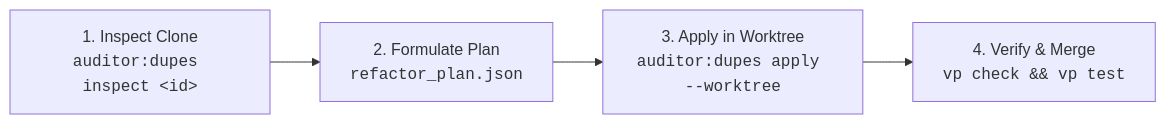
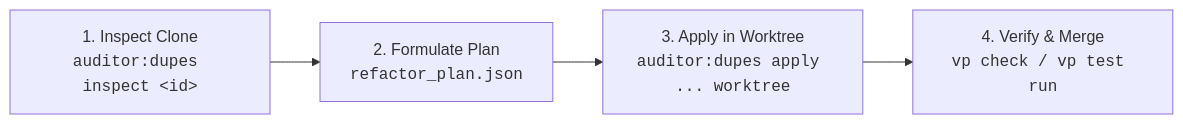
One commit to francogp/auditor changed the diagram in .agents/skills/auditor/references/duplicate-refactoring-guide.md. Above: the diagram before and after it, drawn with Mermaid. The commit also changed other lines of this file and 101 other files, not shown here.

First line of the commit message:
fix: modernize owned agent skills, DOX hierarchy, and CLI execution flows (v10.12.5)

````diff
--- a/.agents/skills/auditor/references/duplicate-refactoring-guide.md
+++ b/.agents/skills/auditor/references/duplicate-refactoring-guide.md
@@ -57,6 +57,6 @@
 ```mermaid
 flowchart LR
     Step1["1. Inspect Clone<br/><code>auditor:dupes inspect &lt;id&gt;</code>"] --> Step2["2. Formulate Plan<br/><code>refactor_plan.json</code>"]
-    Step2 --> Step3["3. Apply in Worktree<br/><code>auditor:dupes apply --worktree</code>"]
-    Step3 --> Step4["4. Verify & Merge<br/><code>vp check && vp test</code>"]
+    Step2 --> Step3["3. Apply in Worktree<br/><code>auditor:dupes apply ... worktree</code>"]
+    Step3 --> Step4["4. Verify &amp; Merge<br/><code>vp check / vp test run</code>"]
 ```
````
